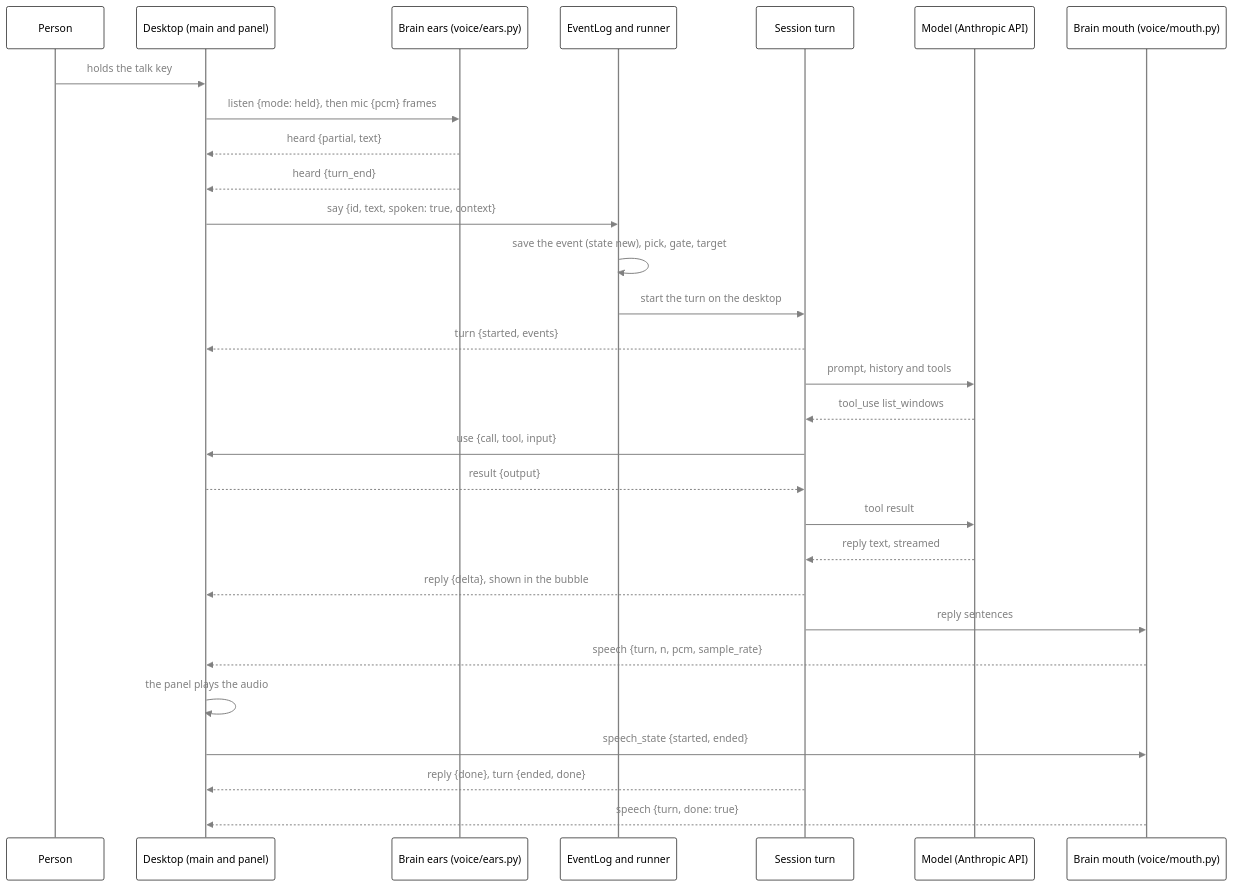
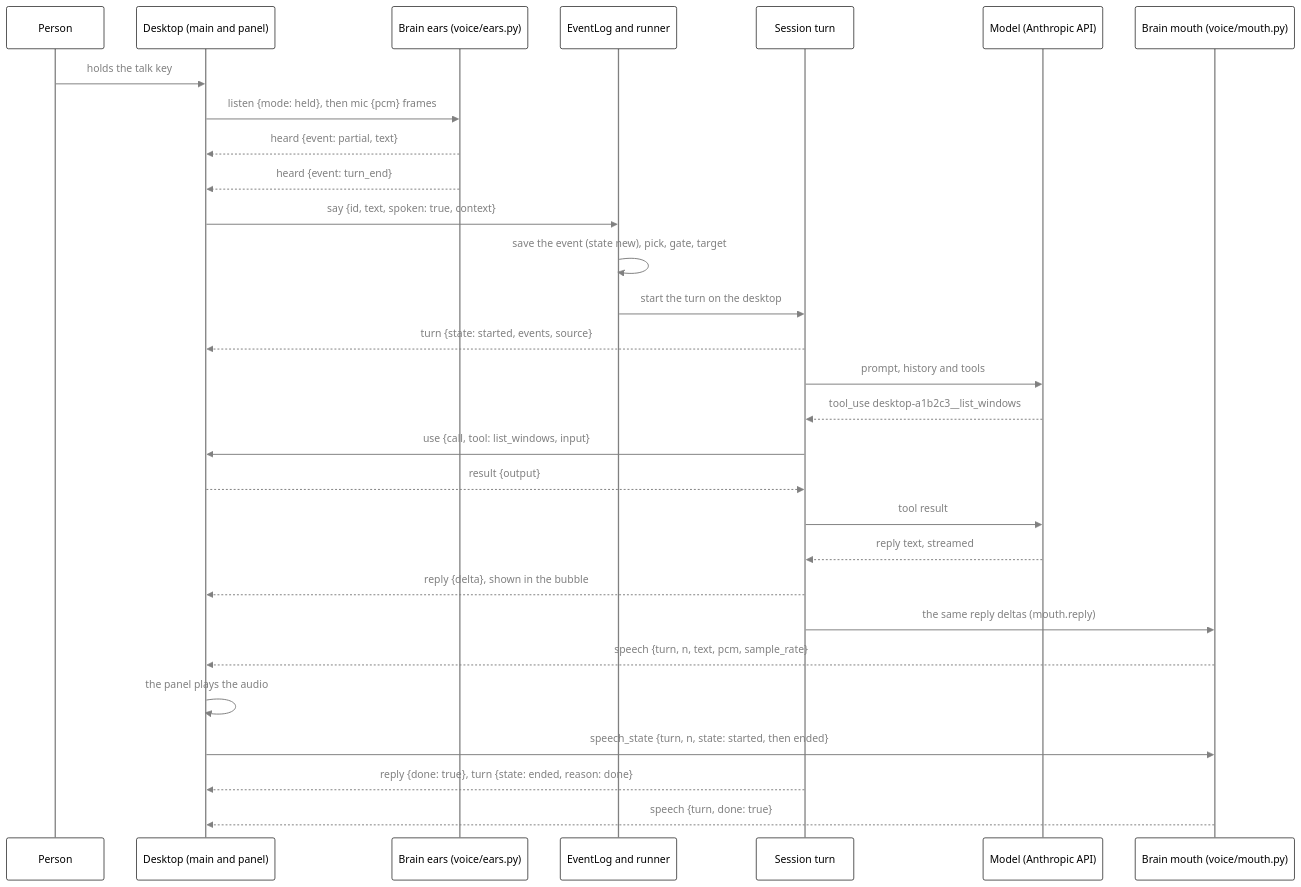
The fourth of 4 diagrams in docs/architecture.md (nadeem4/tagalong), drawn with Mermaid before and after one commit. The commit also changed other lines of this file and 4 other files, not shown here.

````diff
--- a/docs/architecture.md
+++ b/docs/architecture.md
@@ -170,32 +171,32 @@
 ```mermaid
 %%{init: {"theme": "base", "themeVariables": {"primaryColor": "#ffffff", "primaryTextColor": "#000000", "primaryBorderColor": "#000000", "lineColor": "#808080", "arrowheadColor": "#808080", "secondaryColor": "#f2f2f2", "tertiaryColor": "#ffffff", "clusterBkg": "#f7f7f7", "clusterBorder": "#808080", "edgeLabelBackground": "#ffffff", "titleColor": "#808080", "actorBkg": "#ffffff", "actorBorder": "#000000", "actorTextColor": "#000000", "actorLineColor": "#808080", "signalColor": "#808080", "signalTextColor": "#808080", "sequenceNumberColor": "#ffffff", "labelBoxBkgColor": "#ffffff", "labelBoxBorderColor": "#808080", "labelTextColor": "#000000", "loopTextColor": "#808080", "noteBkgColor": "#f7f7f7", "noteBorderColor": "#808080", "noteTextColor": "#000000", "activationBkgColor": "#f7f7f7", "activationBorderColor": "#808080", "fontFamily": "Segoe UI, Helvetica, Arial, sans-serif"}, "themeCSS": ".relationshipLabelBox{opacity:1} .relationshipLabelBox rect{opacity:1}"}}%%
 sequenceDiagram
   participant P as Person
   participant D as Desktop (main and panel)
   participant E as Brain ears (voice/ears.py)
   participant L as EventLog and runner
   participant S as Session turn
   participant M as Model (Anthropic API)
   participant O as Brain mouth (voice/mouth.py)
   P->>D: holds the talk key
   D->>E: listen {mode: held}, then mic {pcm} frames
-  E-->>D: heard {partial, text}
-  E-->>D: heard {turn_end}
+  E-->>D: heard {event: partial, text}
+  E-->>D: heard {event: turn_end}
   D->>L: say {id, text, spoken: true, context}
   L->>L: save the event (state new), pick, gate, target
   L->>S: start the turn on the desktop
-  S-->>D: turn {started, events}
+  S-->>D: turn {state: started, events, source}
   S->>M: prompt, history and tools
-  M-->>S: tool_use list_windows
-  S->>D: use {call, tool, input}
+  M-->>S: tool_use desktop-a1b2c3__list_windows
+  S->>D: use {call, tool: list_windows, input}
   D-->>S: result {output}
   S->>M: tool result
   M-->>S: reply text, streamed
   S-->>D: reply {delta}, shown in the bubble
-  S->>O: reply sentences
-  O-->>D: speech {turn, n, pcm, sample_rate}
+  S->>O: the same reply deltas (mouth.reply)
+  O-->>D: speech {turn, n, text, pcm, sample_rate}
   D->>D: the panel plays the audio
-  D->>O: speech_state {started, ended}
-  S-->>D: reply {done}, turn {ended, done}
+  D->>O: speech_state {turn, n, state: started, then ended}
+  S-->>D: reply {done: true}, turn {state: ended, reason: done}
   O-->>D: speech {turn, done: true}
 ```
````
